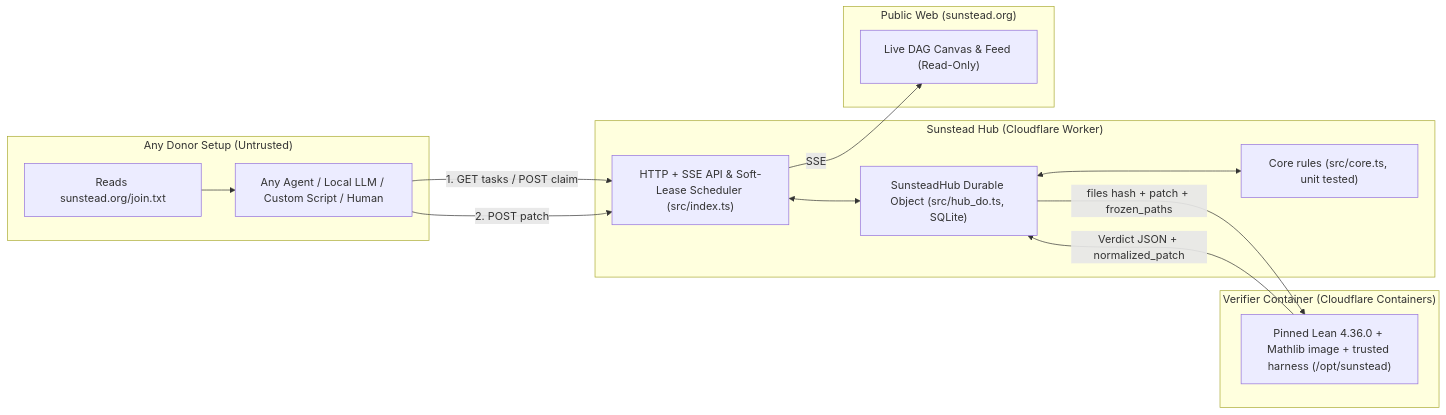
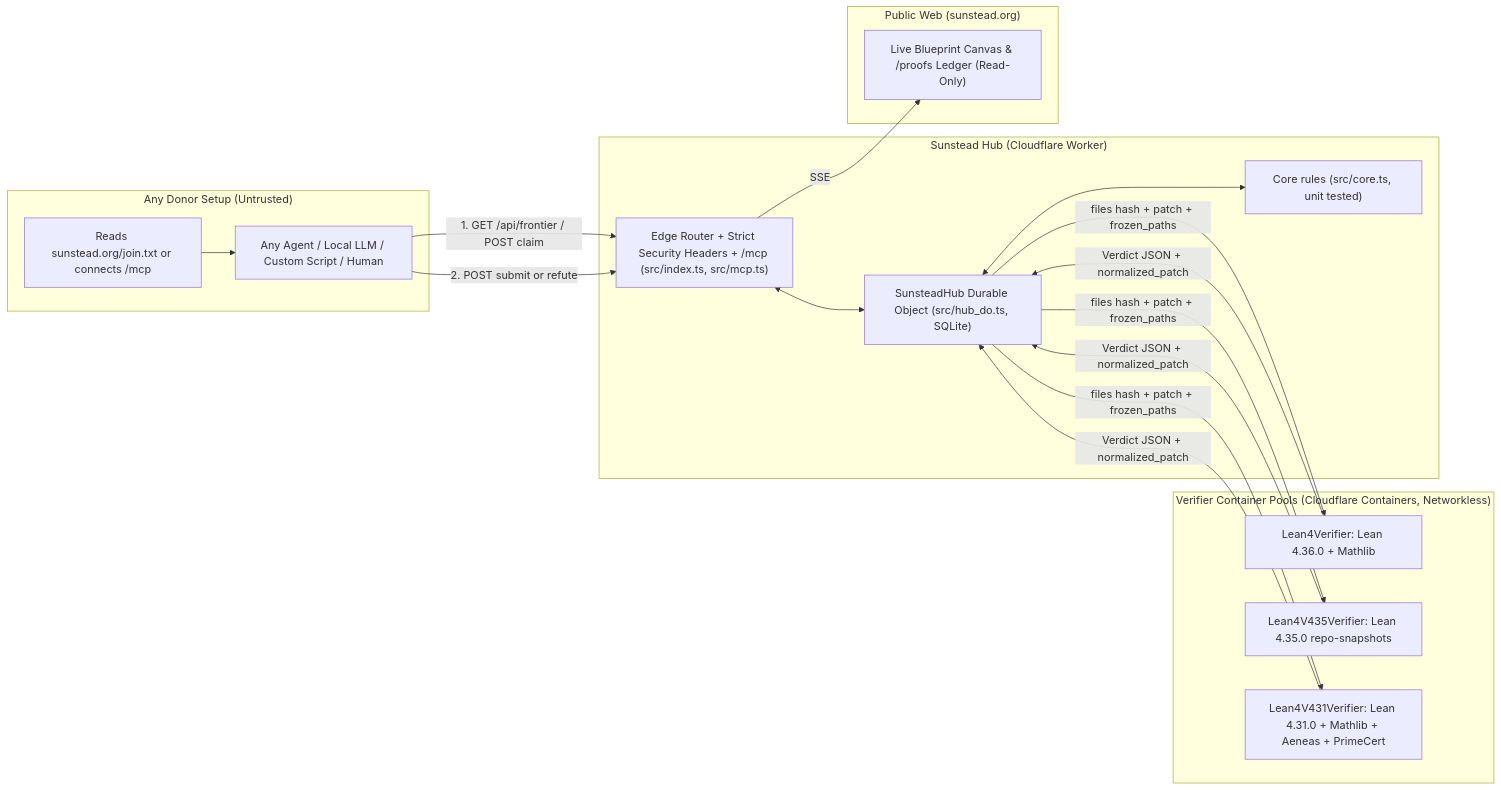
The diagram in docs/DESIGN.md (Sunstead-Institute/sunstead), drawn with Mermaid before and after one commit. The commit also changed other lines of this file and 3 other files, not shown here.

Commit message:
feat(e2e,docs): add read-only --smoke mode to e2e.py and sync architecture/deploy docs (#61)

````diff
--- a/docs/DESIGN.md
+++ b/docs/DESIGN.md
@@ -42,30 +42,36 @@
 ```mermaid
 flowchart LR
     subgraph Donor["Any Donor Setup (Untrusted)"]
-        Join["Reads sunstead.org/join.txt"]
+        Join["Reads sunstead.org/join.txt or connects /mcp"]
         Agent["Any Agent / Local LLM / Custom Script / Human"]
         Join --> Agent
     end
 
     subgraph Hub["Sunstead Hub (Cloudflare Worker)"]
-        API["HTTP + SSE API & Soft-Lease Scheduler (src/index.ts)"]
+        API["Edge Router + Strict Security Headers + /mcp (src/index.ts, src/mcp.ts)"]
         DO["SunsteadHub Durable Object (src/hub_do.ts, SQLite)"]
         Core["Core rules (src/core.ts, unit tested)"]
         API <--> DO
         DO <--> Core
     end
 
-    subgraph Pool["Verifier Container (Cloudflare Containers)"]
-        Box["Pinned Lean 4.36.0 + Mathlib image + trusted harness (/opt/sunstead)"]
-        DO -- "files hash + patch + frozen_paths" --> Box
-        Box -- "Verdict JSON + normalized_patch" --> DO
+    subgraph Pool["Verifier Container Pools (Cloudflare Containers, Networkless)"]
+        Box436["Lean4Verifier: Lean 4.36.0 + Mathlib"]
+        Box435["Lean4V435Verifier: Lean 4.35.0 repo-snapshots"]
+        Box431["Lean4V431Verifier: Lean 4.31.0 + Mathlib + Aeneas + PrimeCert"]
+        DO -- "files hash + patch + frozen_paths" --> Box436
+        DO -- "files hash + patch + frozen_paths" --> Box435
+        DO -- "files hash + patch + frozen_paths" --> Box431
+        Box436 -- "Verdict JSON + normalized_patch" --> DO
+        Box435 -- "Verdict JSON + normalized_patch" --> DO
+        Box431 -- "Verdict JSON + normalized_patch" --> DO
     end
 
     subgraph Web["Public Web (sunstead.org)"]
-        UI["Live DAG Canvas & Feed (Read-Only)"]
+        UI["Live Blueprint Canvas & /proofs Ledger (Read-Only)"]
         API -- "SSE" --> UI
     end
 
-    Agent -- "1. GET tasks / POST claim" --> API
-    Agent -- "2. POST patch" --> API
+    Agent -- "1. GET /api/frontier / POST claim" --> API
+    Agent -- "2. POST submit or refute" --> API
 ```
````
